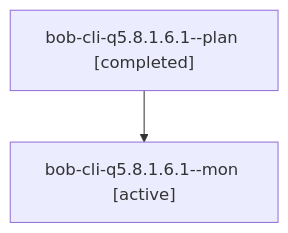
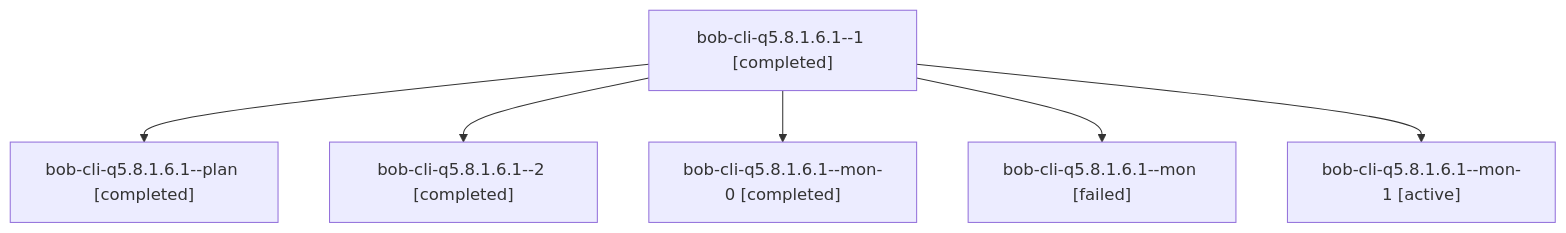
Before and after one commit to bobs-org/bob-cli--agents: the diagram in sessions/bbugyi200.athena.bob-cli-q5.8.1.6.1.md, drawn with Mermaid. The commit also changed other lines of this file and 222 other files, not shown here.

````diff
--- a/sessions/bbugyi200.athena.bob-cli-q5.8.1.6.1.md
+++ b/sessions/bbugyi200.athena.bob-cli-q5.8.1.6.1.md
@@ -9,6 +9,14 @@
 ```mermaid
 flowchart TD
-  n0["bob-cli-q5.8.1.6.1--plan [completed]"]
-  n1["bob-cli-q5.8.1.6.1--mon [active]"]
+  n0["bob-cli-q5.8.1.6.1--1 [completed]"]
+  n1["bob-cli-q5.8.1.6.1--plan [completed]"]
   n0 --> n1
+  n2["bob-cli-q5.8.1.6.1--2 [completed]"]
+  n0 --> n2
+  n3["bob-cli-q5.8.1.6.1--mon-0 [completed]"]
+  n0 --> n3
+  n4["bob-cli-q5.8.1.6.1--mon [failed]"]
+  n0 --> n4
+  n5["bob-cli-q5.8.1.6.1--mon-1 [active]"]
+  n0 --> n5
 ```
````
